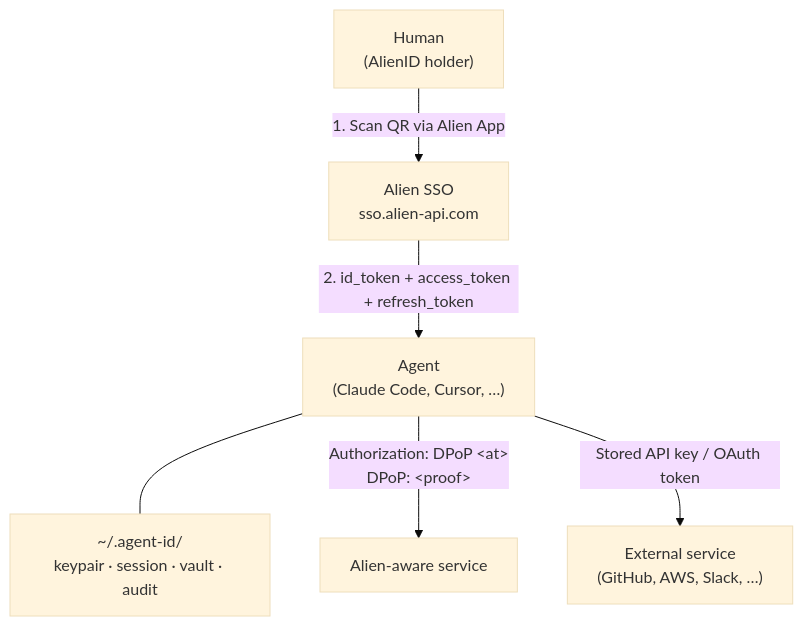
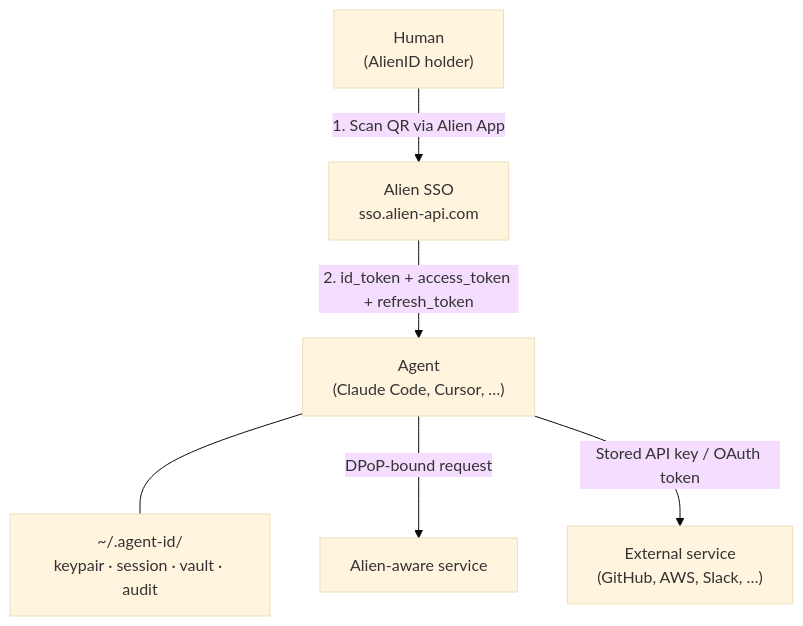
Before and after one commit to alien-id/agent-id: the first of 4 diagrams in docs/AGENT-SSO.md, drawn with Mermaid (base theme). The commit also changed other lines of this file and 1 other file, not shown here.

````diff
--- a/docs/AGENT-SSO.md
+++ b/docs/AGENT-SSO.md
@@ -28,15 +28,15 @@
 ```mermaid
 flowchart TD
     Human["Human<br/>(AlienID holder)"]
     SSO["Alien SSO<br/>sso.alien-api.com"]
     Agent["Agent<br/>(Claude Code, Cursor, …)"]
     Service["Alien-aware service"]
     External["External service<br/>(GitHub, AWS, Slack, …)"]
     State["~/.agent-id/<br/>keypair · session · vault · audit"]
 
     Human -- "1. Scan QR via Alien App" --> SSO
     SSO -- "2. id_token + access_token + refresh_token" --> Agent
     Agent --- State
-    Agent -- "Authorization: DPoP &lt;at&gt;<br/>DPoP: &lt;proof&gt;" --> Service
+    Agent -- "DPoP-bound request" --> Service
     Agent -- "Stored API key / OAuth token" --> External
 ```
````
